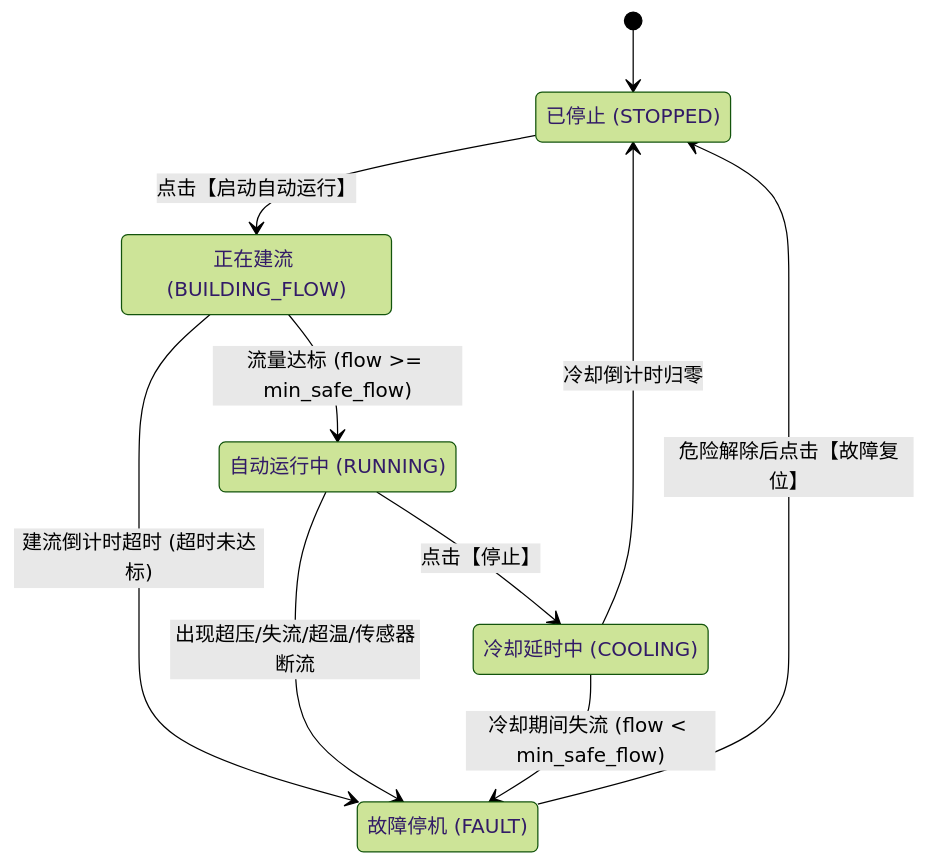
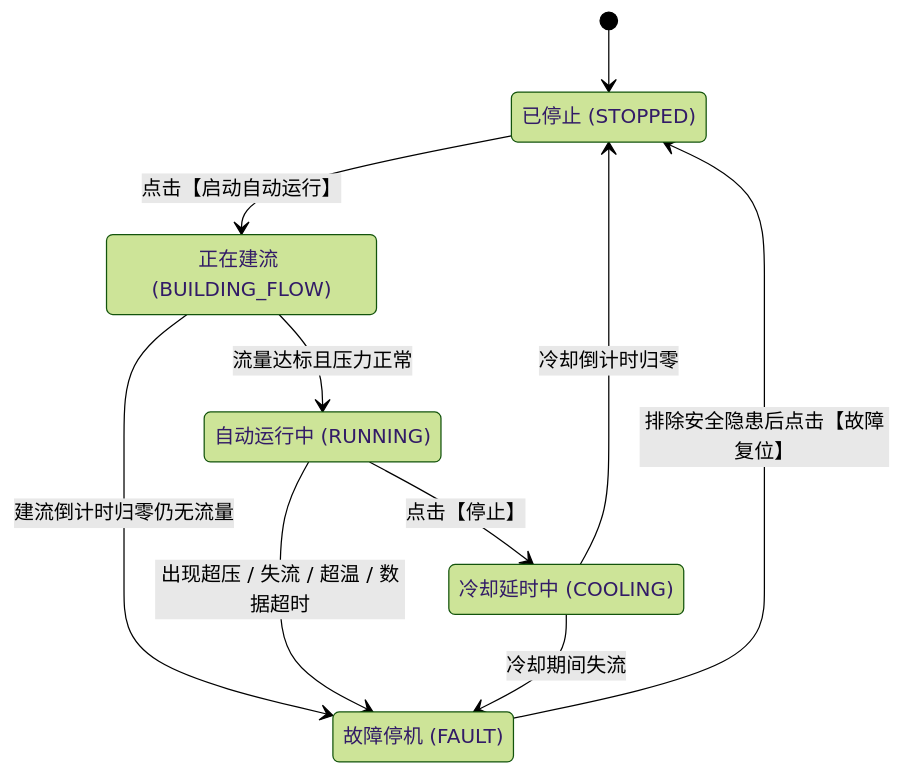
The diagram in 水循环控制与安全保护通俗指南.md (sin6626/26InterThing), drawn with Mermaid (forest theme) before and after one commit. The commit also changed other lines of this file, not shown here.

````diff
--- a/水循环控制与安全保护通俗指南.md
+++ b/水循环控制与安全保护通俗指南.md
@@ -63,21 +224,21 @@
 ```mermaid
 stateDiagram-v2
     STOPPED : 已停止 (STOPPED)
     BUILDING_FLOW : 正在建流 (BUILDING_FLOW)
     RUNNING : 自动运行中 (RUNNING)
     COOLING : 冷却延时中 (COOLING)
     FAULT : 故障停机 (FAULT)
 
     [*] --> STOPPED
     STOPPED --> BUILDING_FLOW : 点击【启动自动运行】
-    BUILDING_FLOW --> RUNNING : 流量达标 (flow >= min_safe_flow)
-    BUILDING_FLOW --> FAULT : 建流倒计时超时 (超时未达标)
+    BUILDING_FLOW --> RUNNING : 流量达标且压力正常
+    BUILDING_FLOW --> FAULT : 建流倒计时归零仍无流量
     
     RUNNING --> COOLING : 点击【停止】
-    RUNNING --> FAULT : 出现超压/失流/超温/传感器断流
+    RUNNING --> FAULT : 出现超压 / 失流 / 超温 / 数据超时
     
     COOLING --> STOPPED : 冷却倒计时归零
-    COOLING --> FAULT : 冷却期间失流 (flow < min_safe_flow)
+    COOLING --> FAULT : 冷却期间失流
     
-    FAULT --> STOPPED : 危险解除后点击【故障复位】
+    FAULT --> STOPPED : 排除安全隐患后点击【故障复位】
 ```
````
